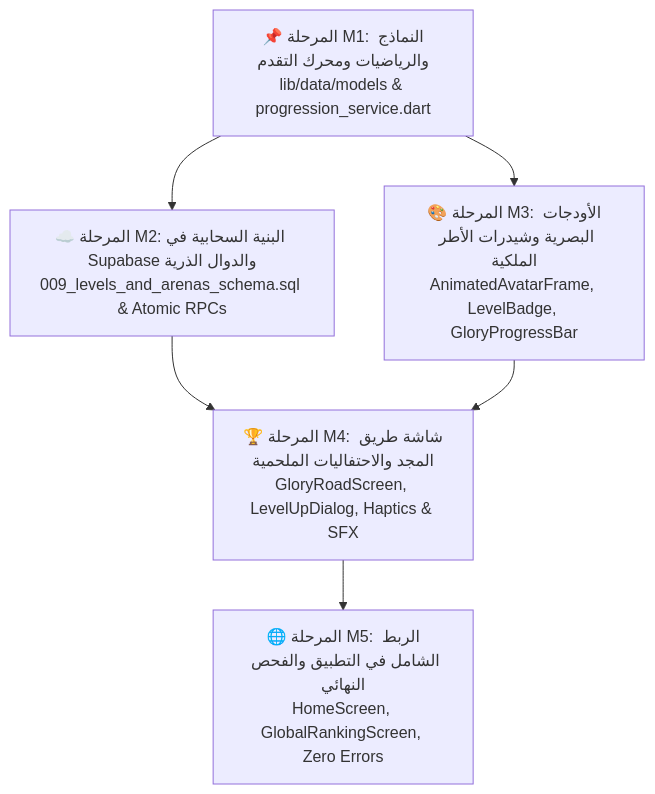
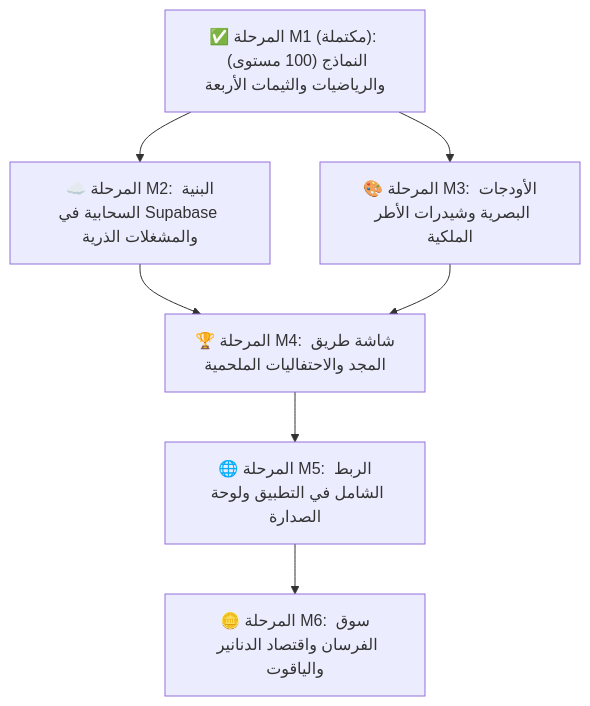
The diagram in docs/development_plans/master_levels_system/README.md (mohammed-lutf7999/ahfad-alsahaba), drawn with Mermaid before and after one commit. The commit also changed other lines of this file and 8 other files, not shown here.

Commit message:
docs(architecture): restore full 12-section ultimate master architecture charter and 6-milestone index

````diff
--- a/docs/development_plans/master_levels_system/README.md
+++ b/docs/development_plans/master_levels_system/README.md
@@ -13,14 +13,16 @@
 ```mermaid
 flowchart TD
-    M1["📌 المرحلة M1: النماذج والرياضيات ومحرك التقدم<br>lib/data/models & progression_service.dart"]
-    M2["☁️ المرحلة M2: البنية السحابية في Supabase والدوال الذرية<br>009_levels_and_arenas_schema.sql & Atomic RPCs"]
-    M3["🎨 المرحلة M3: الأودجات البصرية وشيدرات الأطر الملكية<br>AnimatedAvatarFrame, LevelBadge, GloryProgressBar"]
-    M4["🏆 المرحلة M4: شاشة طريق المجد والاحتفاليات الملحمية<br>GloryRoadScreen, LevelUpDialog, Haptics & SFX"]
-    M5["🌐 المرحلة M5: الربط الشامل في التطبيق والفحص النهائي<br>HomeScreen, GlobalRankingScreen, Zero Errors"]
+    M1["✅ المرحلة M1 (مكتملة): النماذج (100 مستوى) والرياضيات والثيمات الأربعة"]
+    M2["☁️ المرحلة M2: البنية السحابية في Supabase والمشغلات الذرية"]
+    M3["🎨 المرحلة M3: الأودجات البصرية وشيدرات الأطر الملكية"]
+    M4["🏆 المرحلة M4: شاشة طريق المجد والاحتفاليات الملحمية"]
+    M5["🌐 المرحلة M5: الربط الشامل في التطبيق ولوحة الصدارة"]
+    M6["🪙 المرحلة M6: سوق الفرسان واقتصاد الدنانير والياقوت"]
 
     M1 --> M2
     M1 --> M3
     M2 --> M4
     M3 --> M4
     M4 --> M5
+    M5 --> M6
 ```
````
